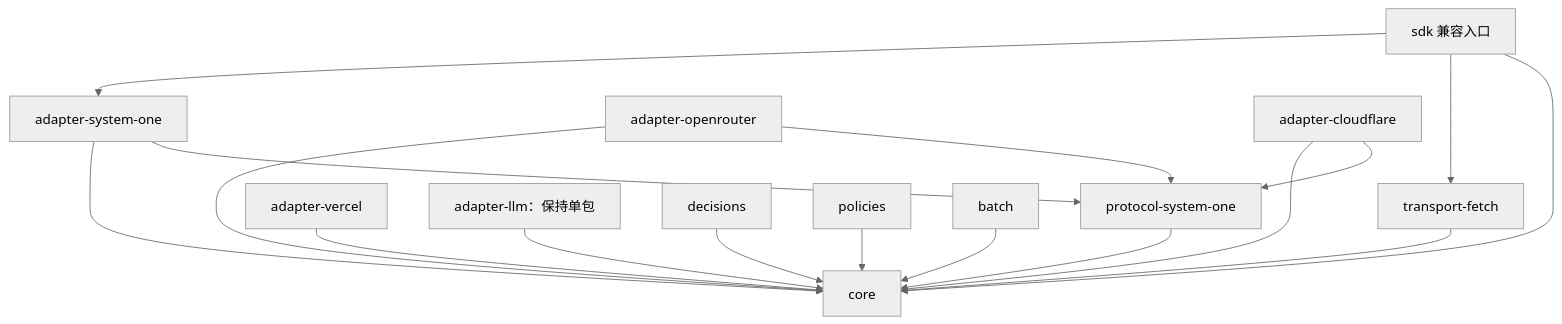
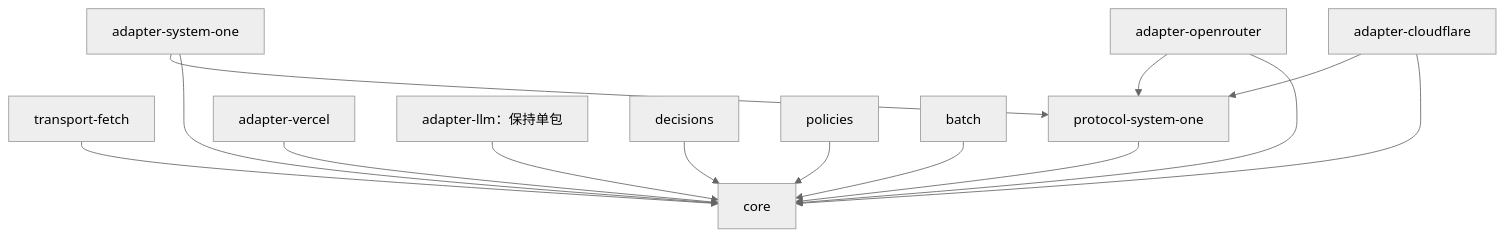
The diagram in docs/architecture-plan.zh-CN.md (ziyu/system-one-sdk), drawn with Mermaid (neutral theme) before and after one commit. The commit also changed other lines of this file and 78 other files, not shown here.

````diff
--- a/docs/architecture-plan.zh-CN.md
+++ b/docs/architecture-plan.zh-CN.md
@@ -23,19 +23,16 @@
 ```mermaid
 graph TD
-  SDK["sdk 兼容入口"] --> Core["core"]
-  SDK --> Fetch["transport-fetch"]
-  SDK --> Native["adapter-system-one"]
-  Fetch --> Core
-  Native --> Protocol["protocol-system-one"]
+  Fetch["transport-fetch"] --> Core["core"]
+  Native["adapter-system-one"] --> Protocol["protocol-system-one"]
   Native --> Core
   OR["adapter-openrouter"] --> Protocol
   OR --> Core
   CF["adapter-cloudflare"] --> Protocol
   CF --> Core
   Protocol --> Core
   Vercel["adapter-vercel"] --> Core
   LLM["adapter-llm：保持单包"] --> Core
   Decisions["decisions"] --> Core
   Policies["policies"] --> Core
   Batch["batch"] --> Core
 ```
````
